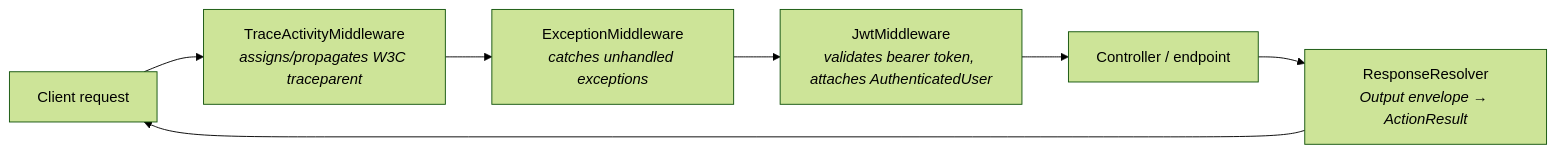
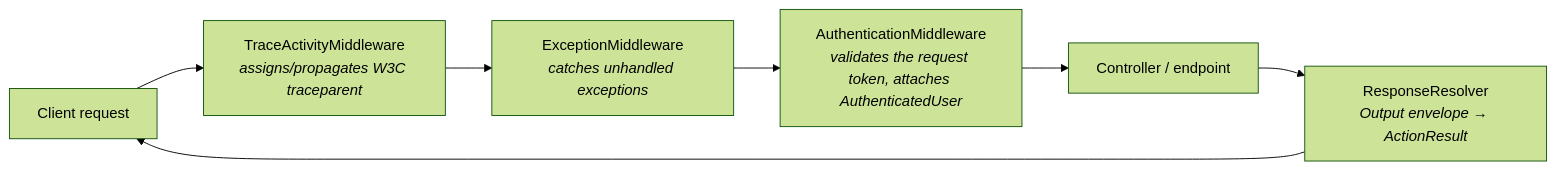
Before and after one commit to artur-rios/dotnet-webapi-util: the diagram in docs/content/_index.md, drawn with Mermaid (forest theme). The commit also changed other lines of this file and 5 other files, not shown here.

First line of the commit message:
docs: document token sources and Google authentication

````diff
--- a/docs/content/_index.md
+++ b/docs/content/_index.md
@@ -18,9 +18,9 @@
 ```mermaid
 flowchart LR
     Client["Client request"] --> Trace["TraceActivityMiddleware<br/><i>assigns/propagates W3C traceparent</i>"]
     Trace --> Exception["ExceptionMiddleware<br/><i>catches unhandled exceptions</i>"]
-    Exception --> Jwt["JwtMiddleware<br/><i>validates bearer token, attaches AuthenticatedUser</i>"]
-    Jwt --> Endpoint["Controller / endpoint"]
+    Exception --> Auth["AuthenticationMiddleware<br/><i>validates the request token, attaches AuthenticatedUser</i>"]
+    Auth --> Endpoint["Controller / endpoint"]
     Endpoint --> Resolver["ResponseResolver<br/><i>Output envelope → ActionResult</i>"]
     Resolver --> Client
 ```
````
